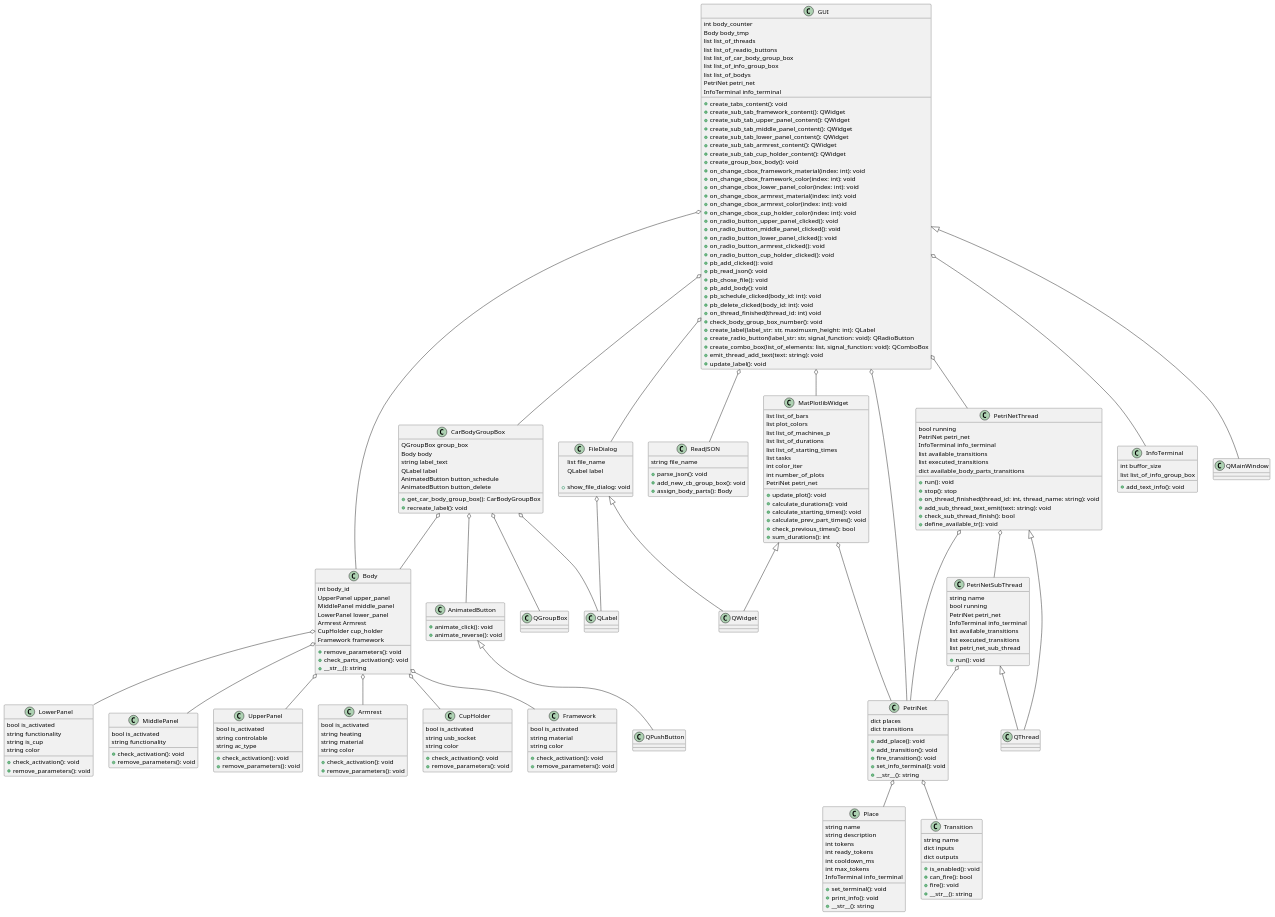
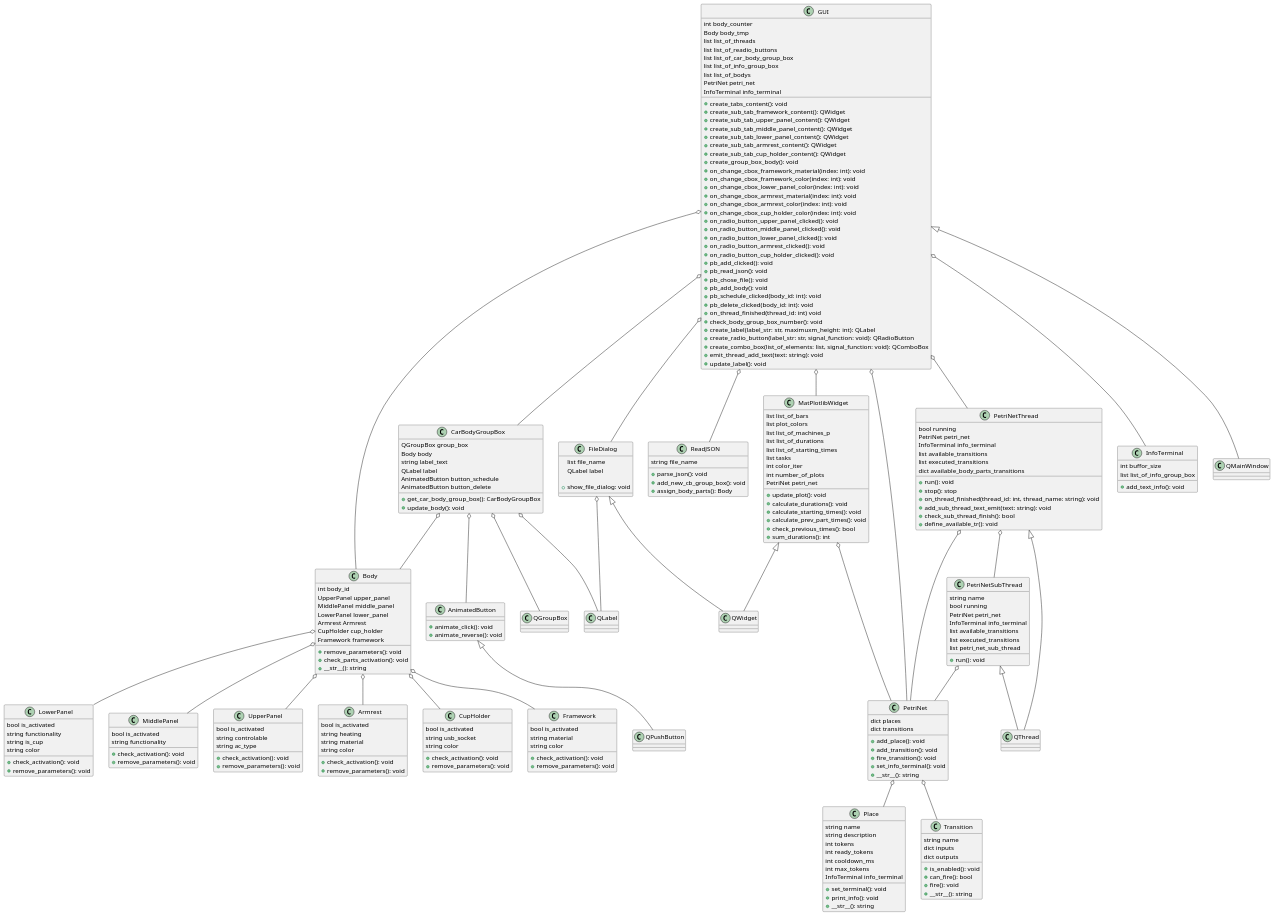
One commit to Mastej-Git/car-body-prod-sim changed the diagram in class_diagram.puml. Above: the diagram before and after it, drawn with PlantUML. The commit also changed 7 other files, not shown here.

```diff
--- a/class_diagram.puml
+++ b/class_diagram.puml
@@ -208,7 +208,7 @@
     AnimatedButton button_delete
 
     + get_car_body_group_box(): CarBodyGroupBox
-    + recreate_label(): void
+    + update_body(): void
 }
 
 class InfoTerminal {
```
